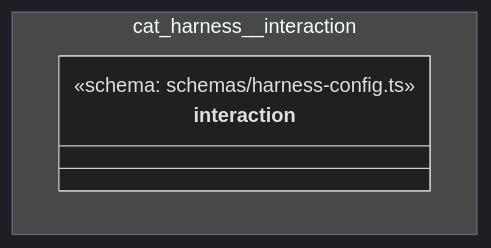
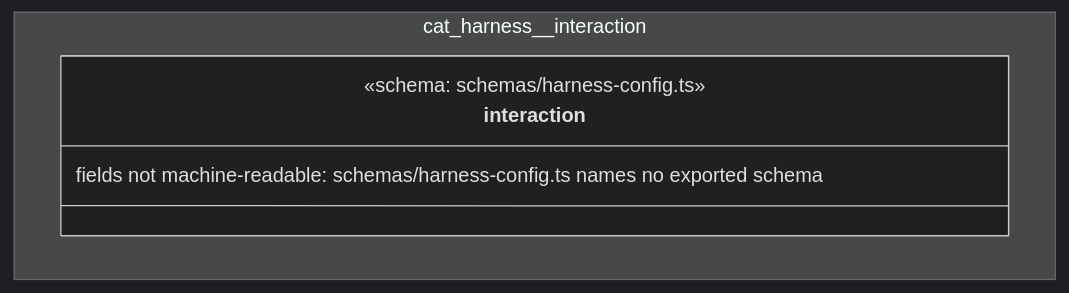
The diagram in cat-harness/docs/uml/overview/cat-harness/interaction.md (litlfred/folio-assistant), drawn with Mermaid (dark theme) before and after one commit. The commit also changed 181 other files, not shown here.

First line of the commit message:
UML: full object model on the overview page; no empty class boxes

````diff
--- a/cat-harness/docs/uml/overview/cat-harness/interaction.md
+++ b/cat-harness/docs/uml/overview/cat-harness/interaction.md
@@ -29,10 +29,11 @@
 ```mermaid
 classDiagram
   direction TB
   namespace cat_harness__interaction {
     class cat_harness_interaction_interaction_shape["interaction"] {
       <<schema: schemas/harness-config.ts>>
+      fields not machine-readable: schemas/harness-config.ts names no exported schema
     }
   }
   cssClass "cat_harness_interaction_interaction_shape" fa_uml_kind_interaction
 ```
````
